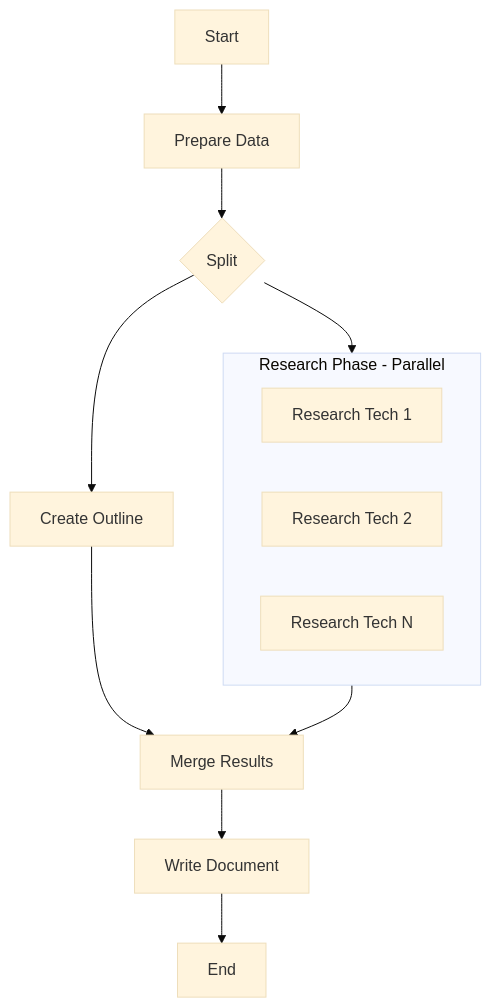
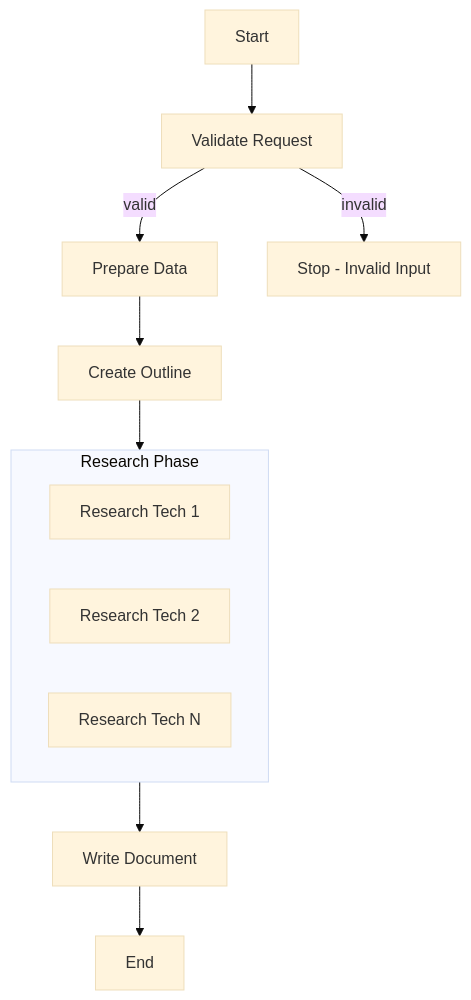
One commit to gbaeke/PocketFlow changed the diagram in README.md. Above: the diagram before and after it, drawn with Mermaid (base theme). The commit also changed other lines of this file, not shown here.

Commit message:
docs: Update README to reflect A2A framework and input handling improvements

````diff
--- a/README.md
+++ b/README.md
@@ -177,19 +191,17 @@
 ```mermaid
 flowchart TD
-    start[Start] --> prepare[Prepare Data]
-    prepare --> parallel{Split}
+    start[Start] --> validate[Validate Request]
+    validate -->|valid| prepare[Prepare Data]
+    validate -->|invalid| stop[Stop - Invalid Input]
     
-    parallel --> outline[Create Outline]
-    parallel --> research[Research Technologies]
-    
-    outline --> merge[Merge Results]
-    research --> merge
-    merge --> write[Write Document]
+    prepare --> outline[Create Outline]
+    outline --> research[Research Technologies]
+    research --> write[Write Document]
     write --> endNode[End]
     
-    subgraph research[Research Phase - Parallel]
+    subgraph research[Research Phase]
         tech1[Research Tech 1] 
         tech2[Research Tech 2]
         tech3[Research Tech N]
     end
 ```
````
